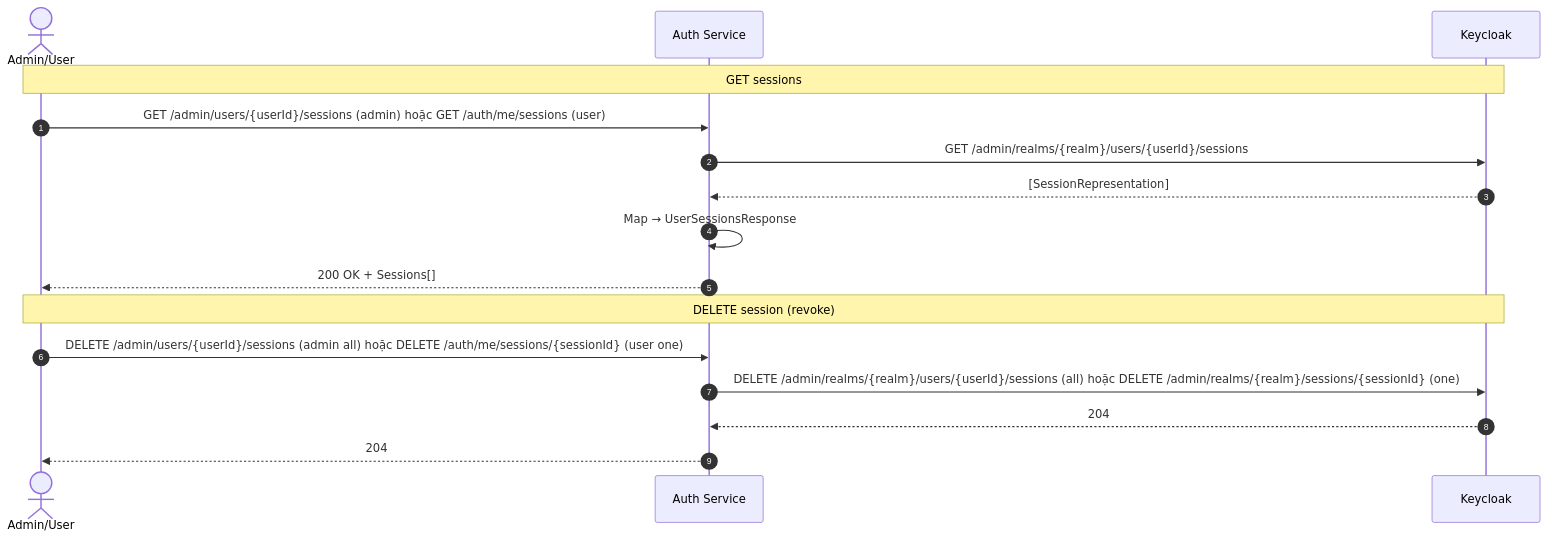
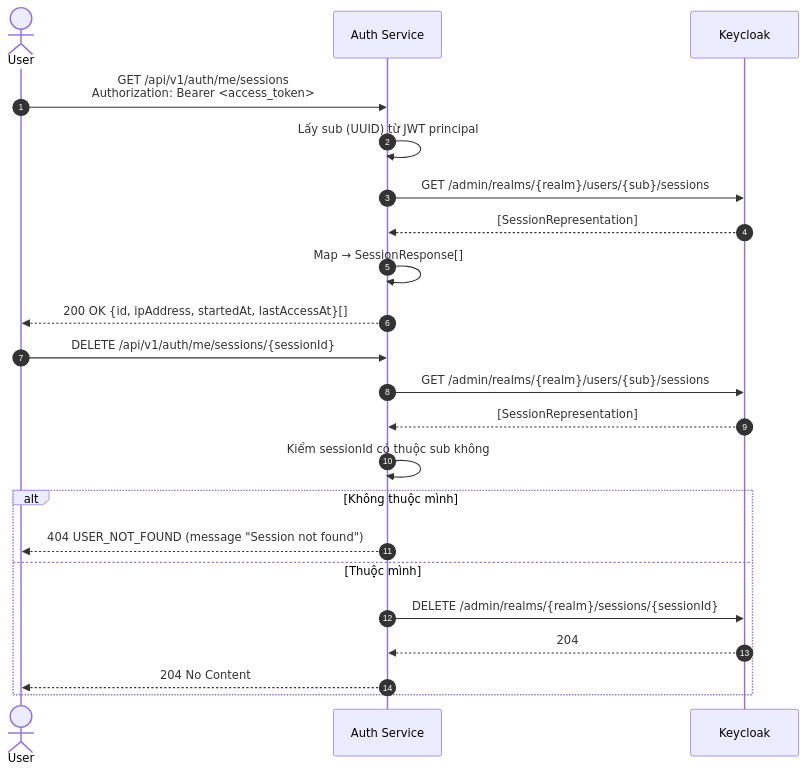
Before and after one commit to duymk123/EventHub: diagram 13 of 13 in docs/architecture/auth-keycloak-flows.md, drawn with Mermaid. The commit also changed other lines of this file and 27 other files, not shown here.

First line of the commit message:
feat(auth): implement session management and password recovery features

````diff
--- a/docs/architecture/auth-keycloak-flows.md
+++ b/docs/architecture/auth-keycloak-flows.md
@@ -356,20 +419,26 @@
 ```mermaid
 sequenceDiagram
     autonumber
-    actor FE as Admin/User
+    actor FE as User
     participant AS as Auth Service
     participant KC as Keycloak
 
-    Note over FE, KC: GET sessions
-    FE->>AS: GET /admin/users/{userId}/sessions (admin) hoặc GET /auth/me/sessions (user)
-    AS->>KC: GET /admin/realms/{realm}/users/{userId}/sessions
+    FE->>AS: GET /api/v1/auth/me/sessions<br/>Authorization: Bearer <access_token>
+    AS->>AS: Lấy sub (UUID) từ JWT principal
+    AS->>KC: GET /admin/realms/{realm}/users/{sub}/sessions
     KC-->>AS: [SessionRepresentation]
-    AS->>AS: Map → UserSessionsResponse
-    AS-->>FE: 200 OK + Sessions[]
+    AS->>AS: Map → SessionResponse[]
+    AS-->>FE: 200 OK {id, ipAddress, startedAt, lastAccessAt}[]
 
-    Note over FE, KC: DELETE session (revoke)
-    FE->>AS: DELETE /admin/users/{userId}/sessions (admin all) hoặc DELETE /auth/me/sessions/{sessionId} (user one)
-    AS->>KC: DELETE /admin/realms/{realm}/users/{userId}/sessions (all) hoặc DELETE /admin/realms/{realm}/sessions/{sessionId} (one)
-    KC-->>AS: 204
-    AS-->>FE: 204
+    FE->>AS: DELETE /api/v1/auth/me/sessions/{sessionId}
+    AS->>KC: GET /admin/realms/{realm}/users/{sub}/sessions
+    KC-->>AS: [SessionRepresentation]
+    AS->>AS: Kiểm sessionId có thuộc sub không
+    alt Không thuộc mình
+        AS-->>FE: 404 USER_NOT_FOUND (message "Session not found")
+    else Thuộc mình
+        AS->>KC: DELETE /admin/realms/{realm}/sessions/{sessionId}
+        KC-->>AS: 204
+        AS-->>FE: 204 No Content
+    end
 ```
````
